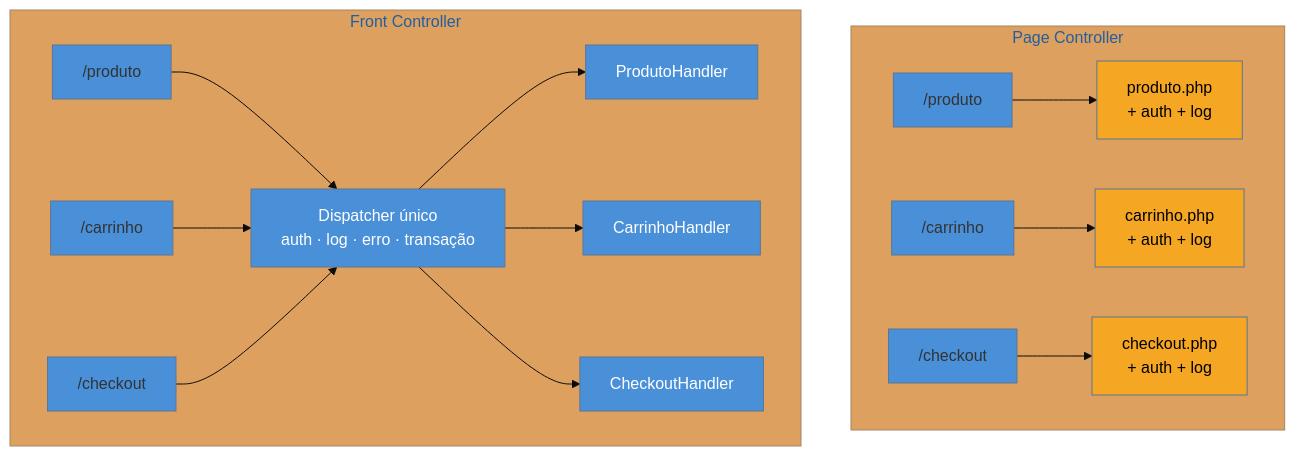
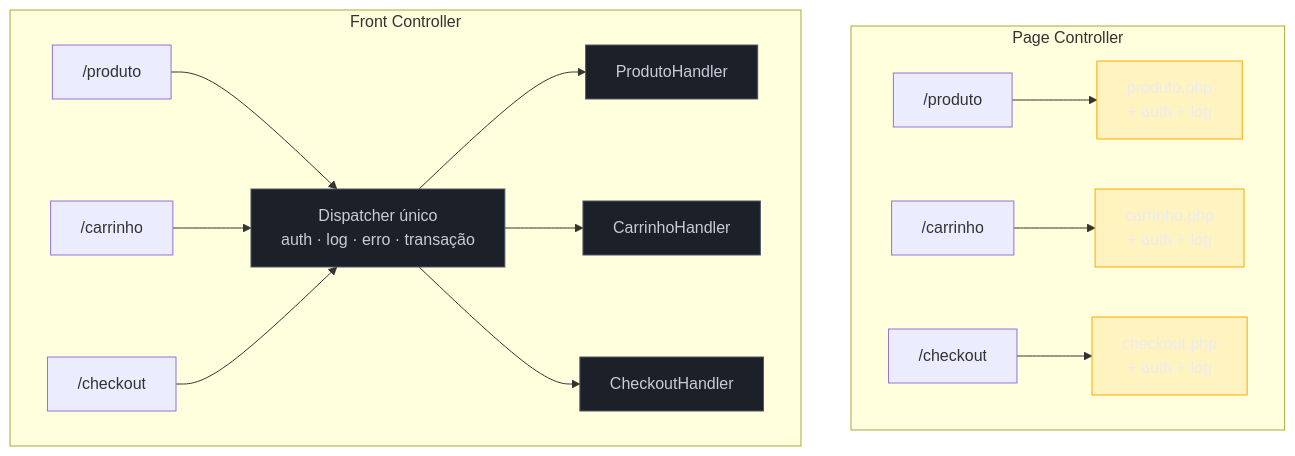
One commit to josenaldo/codex-technomanticus changed the diagram in 03-Dominios/Engenharia/Design de Software/Padrões de Projeto/Aplicação Corporativa/03 - Page Controller × Front Controller.md. Above: the diagram before and after it, drawn with Mermaid. The commit also changed 1181 other files, not shown here.

First line of the commit message:
fix(diagramas): paleta do sistema no lugar de cor cravada no markdown

````diff
--- a/03-Dominios/Engenharia/Design de Software/Padrões de Projeto/Aplicação Corporativa/03 - Page Controller × Front Controller.md
+++ b/03-Dominios/Engenharia/Design de Software/Padrões de Projeto/Aplicação Corporativa/03 - Page Controller × Front Controller.md
@@ -51,26 +51,27 @@
 ```mermaid
-%%{init: {"theme": "base", "themeVariables": {"primaryColor": "#4A90D9"}}}%%
 graph TD
+    classDef destaque fill:#FFAA0024,stroke:#FFAA00,color:#E9ECF2
+    classDef neutro fill:#1B2029,stroke:#4E5666,color:#C6CCD8
     subgraph PC["Page Controller"]
         R1["/produto"] --> P1["produto.php<br/>+ auth + log"]
         R2["/carrinho"] --> P2["carrinho.php<br/>+ auth + log"]
         R3["/checkout"] --> P3["checkout.php<br/>+ auth + log"]
     end
 
     subgraph FC["Front Controller"]
         Q1["/produto"] --> F["Dispatcher único<br/>auth · log · erro · transação"]
         Q2["/carrinho"] --> F
         Q3["/checkout"] --> F
         F --> H1["ProdutoHandler"]
         F --> H2["CarrinhoHandler"]
         F --> H3["CheckoutHandler"]
     end
 
-    style P1 fill:#F5A623,color:#000
-    style P2 fill:#F5A623,color:#000
-    style P3 fill:#F5A623,color:#000
-    style F fill:#4A90D9,color:#fff
-    style H1 fill:#4A90D9,color:#fff
-    style H2 fill:#4A90D9,color:#fff
-    style H3 fill:#4A90D9,color:#fff
+    class P1 destaque
+    class P2 destaque
+    class P3 destaque
+    class F neutro
+    class H1 neutro
+    class H2 neutro
+    class H3 neutro
 ```
````
